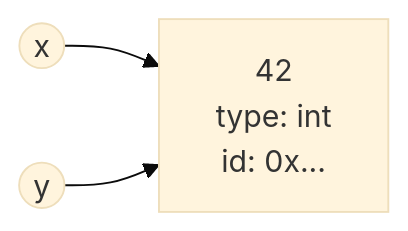
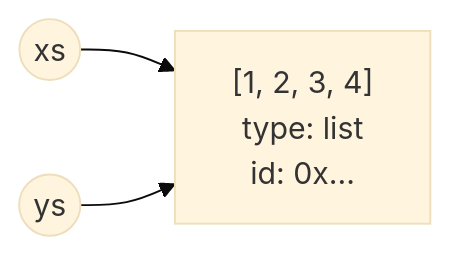
Before and after one commit to vthanik/python-mastery: the diagram in how-python-thinks.qmd, drawn with Mermaid (base theme). The commit also changed other lines of this file, not shown here.

````diff
--- a/how-python-thinks.qmd
+++ b/how-python-thinks.qmd
@@ -76,5 +78,5 @@
 ```{mermaid}
 flowchart LR
-    x((x)) --> obj["42<br/>type: int<br/>id: 0x..."]
-    y((y)) --> obj
+    xs((xs)) --> obj["[1, 2, 3, 4]<br/>type: list<br/>id: 0x..."]
+    ys((ys)) --> obj
 ```
````
